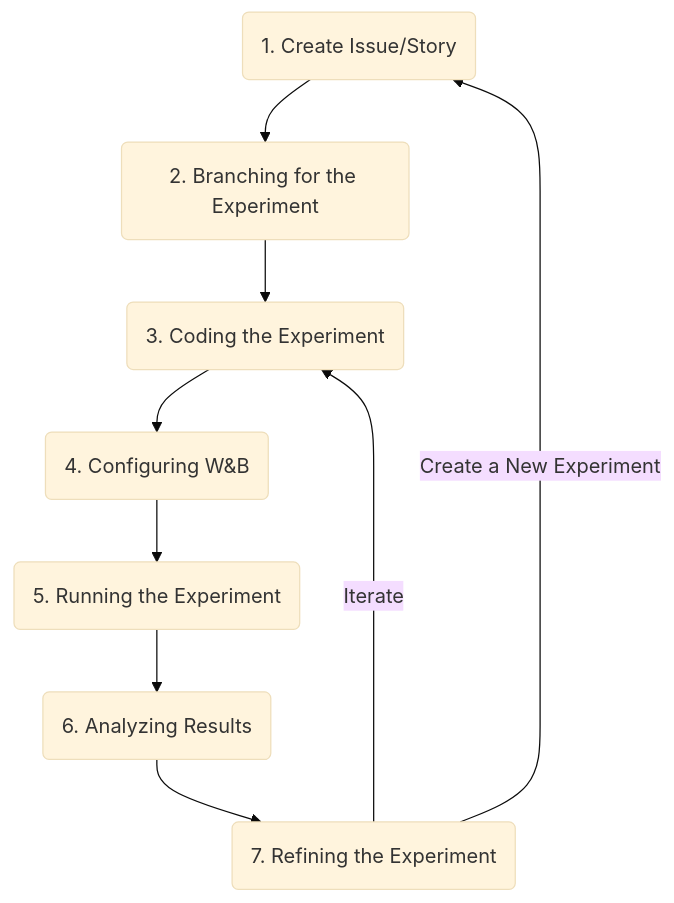
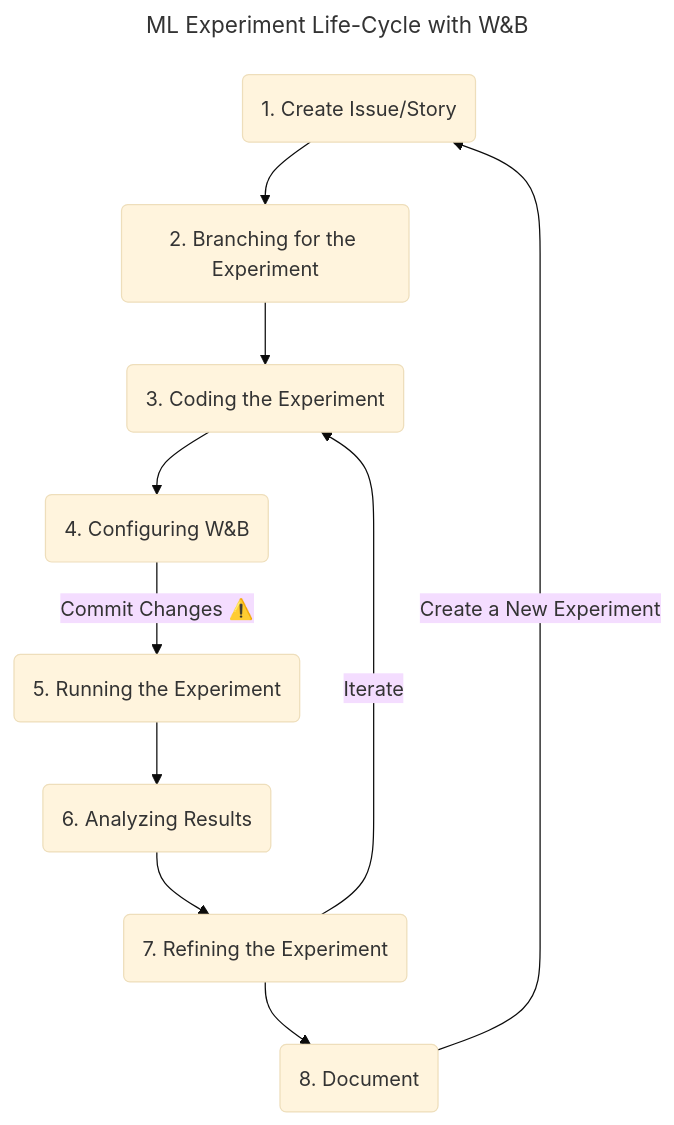
Before and after one commit to markeyser/cookiecutter-collabora: the first of 3 diagrams in docs/how-to-guides/wandb-experiment-tracking-rag.md, drawn with Mermaid (base theme). The commit also changed other lines of this file and 1 other file, not shown here.

Commit message:
📝 (docs) Improve Marmaid Plot

````diff
--- a/docs/how-to-guides/wandb-experiment-tracking-rag.md
+++ b/docs/how-to-guides/wandb-experiment-tracking-rag.md
@@ -12,11 +10,15 @@
 ```mermaid
+---
+title: ML Experiment Life-Cycle with W&B
+---
 flowchart TB
     A(1. Create Issue/Story) --> B(2. Branching for the Experiment)
     B --> C(3. Coding the Experiment)
     C --> D(4. Configuring W&B)
-    D --> E(5. Running the Experiment)
+    D --> |"Commit Changes ⚠️"| E(5. Running the Experiment)
     E --> F(6. Analyzing Results)
     F --> G(7. Refining the Experiment)
-    G --> |Create a New Experiment| A
     G --> |Iterate| C
+    G --> H(8. Document)
+    H --> |Create a New Experiment| A
 ```
````
